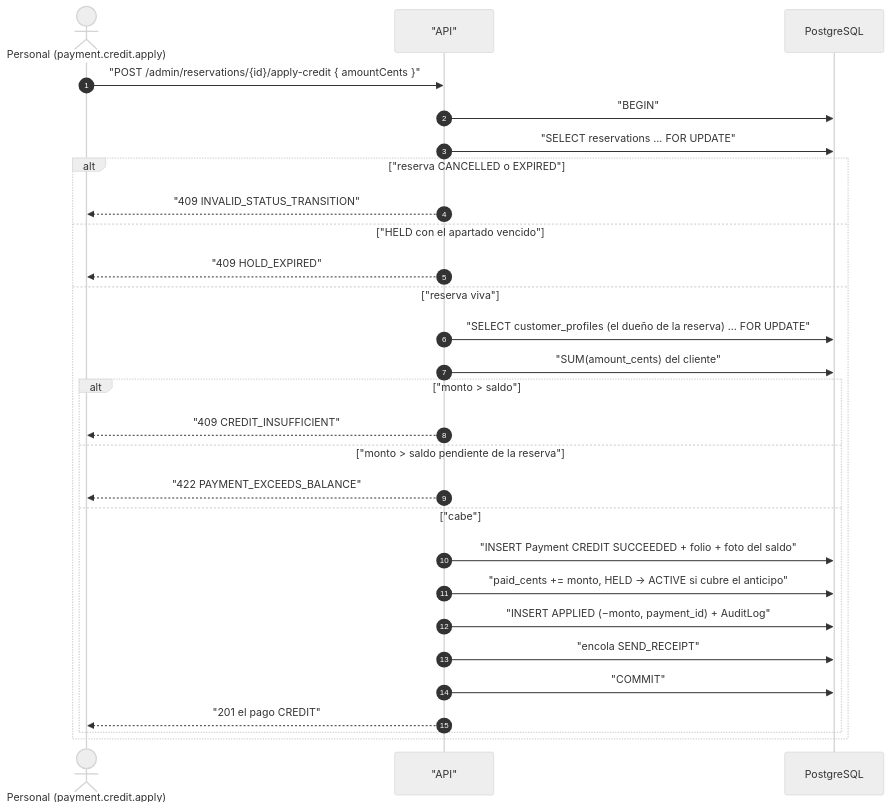
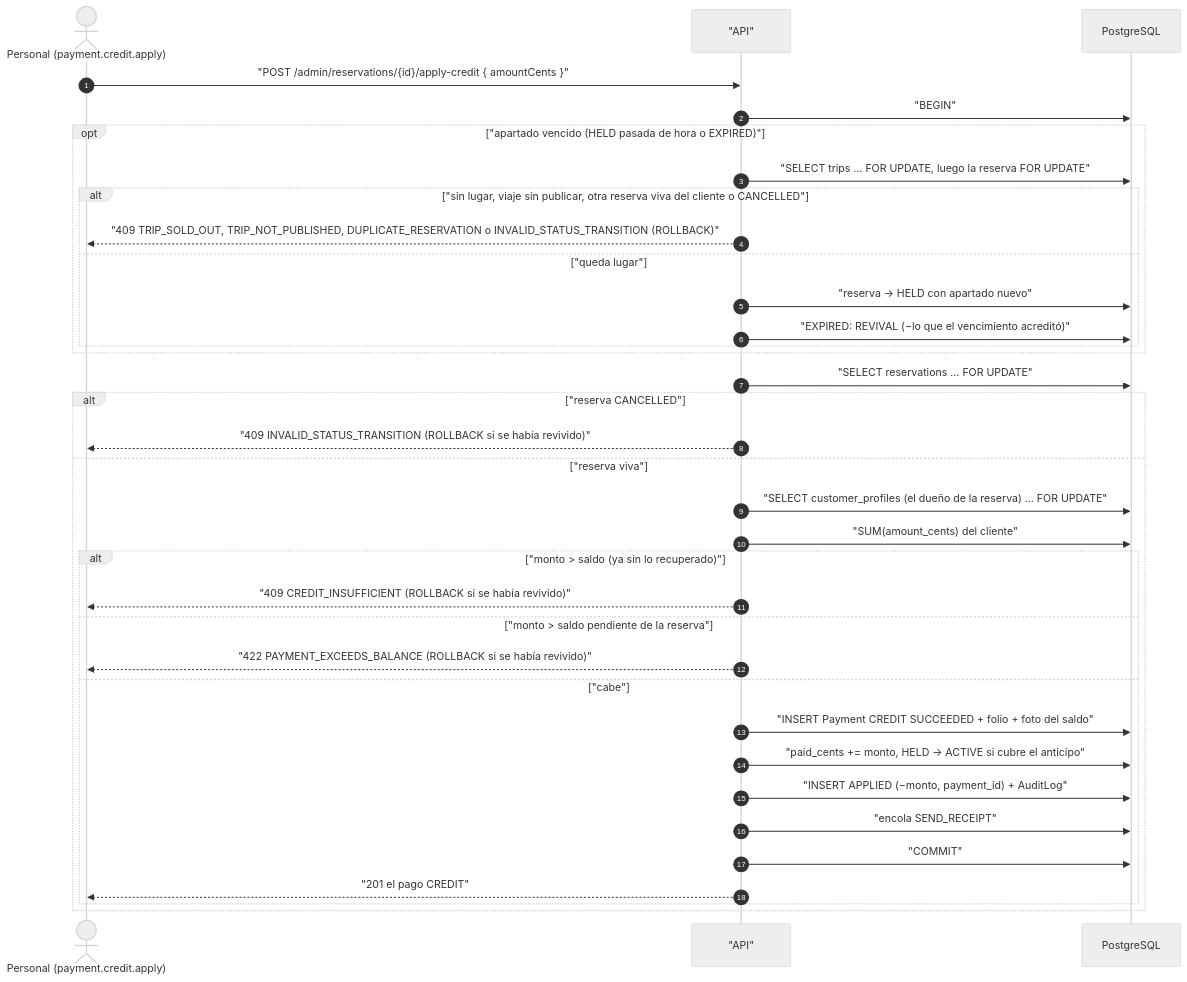
The third of 5 diagrams in docs/diagrams/customer-credit.md (erickgs2/ruta_mochilera), drawn with Mermaid (neutral theme) before and after one commit. The commit also changed 12 other files, not shown here.

First line of the commit message:
feat(payments): revive a reservation whose hold ran out when the counter takes cash or credit

````diff
--- a/docs/diagrams/customer-credit.md
+++ b/docs/diagrams/customer-credit.md
@@ -90,31 +90,38 @@
 ```mermaid
 sequenceDiagram
     autonumber
     actor P as Personal (payment.credit.apply)
     participant API as "API"
     participant DB as PostgreSQL
 
     P->>API: "POST /admin/reservations/{id}/apply-credit { amountCents }"
     API->>DB: "BEGIN"
+    opt "apartado vencido (HELD pasada de hora o EXPIRED)"
+        API->>DB: "SELECT trips ... FOR UPDATE, luego la reserva FOR UPDATE"
+        alt "sin lugar, viaje sin publicar, otra reserva viva del cliente o CANCELLED"
+            API-->>P: "409 TRIP_SOLD_OUT, TRIP_NOT_PUBLISHED, DUPLICATE_RESERVATION o INVALID_STATUS_TRANSITION (ROLLBACK)"
+        else "queda lugar"
+            API->>DB: "reserva → HELD con apartado nuevo"
+            API->>DB: "EXPIRED: REVIVAL (−lo que el vencimiento acreditó)"
+        end
+    end
     API->>DB: "SELECT reservations ... FOR UPDATE"
-    alt "reserva CANCELLED o EXPIRED"
-        API-->>P: "409 INVALID_STATUS_TRANSITION"
-    else "HELD con el apartado vencido"
-        API-->>P: "409 HOLD_EXPIRED"
+    alt "reserva CANCELLED"
+        API-->>P: "409 INVALID_STATUS_TRANSITION (ROLLBACK si se había revivido)"
     else "reserva viva"
         API->>DB: "SELECT customer_profiles (el dueño de la reserva) ... FOR UPDATE"
         API->>DB: "SUM(amount_cents) del cliente"
-        alt "monto > saldo"
-            API-->>P: "409 CREDIT_INSUFFICIENT"
+        alt "monto > saldo (ya sin lo recuperado)"
+            API-->>P: "409 CREDIT_INSUFFICIENT (ROLLBACK si se había revivido)"
         else "monto > saldo pendiente de la reserva"
-            API-->>P: "422 PAYMENT_EXCEEDS_BALANCE"
+            API-->>P: "422 PAYMENT_EXCEEDS_BALANCE (ROLLBACK si se había revivido)"
         else "cabe"
             API->>DB: "INSERT Payment CREDIT SUCCEEDED + folio + foto del saldo"
             API->>DB: "paid_cents += monto, HELD → ACTIVE si cubre el anticipo"
             API->>DB: "INSERT APPLIED (−monto, payment_id) + AuditLog"
             API->>DB: "encola SEND_RECEIPT"
             API->>DB: "COMMIT"
             API-->>P: "201 el pago CREDIT"
         end
     end
 ```
````
